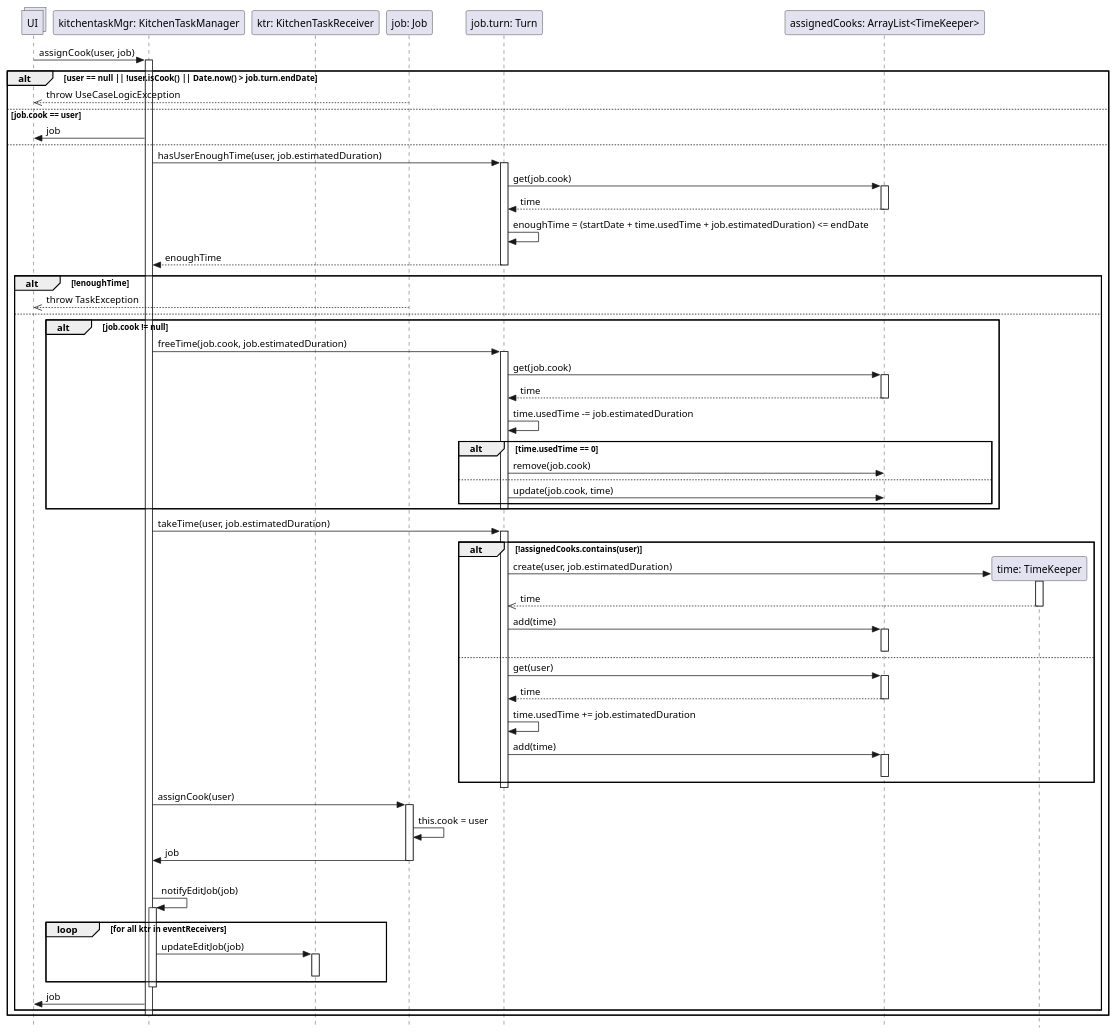
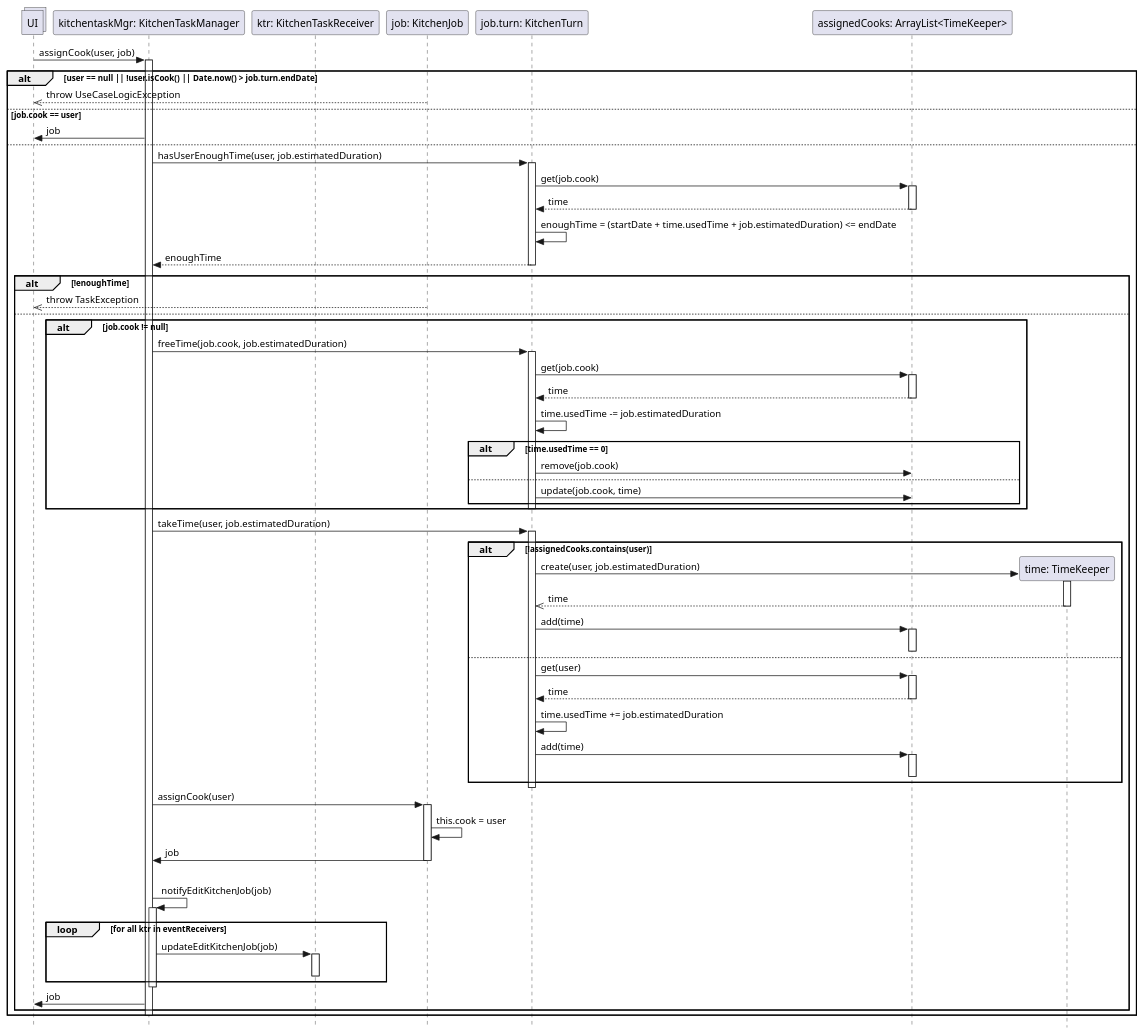
The diagram in Progettazione/UC Gestire Compiti Cucina/DSD/DSD Operazione 6c.puml (stefa168/sas-project), drawn with PlantUML before and after one commit. The commit also changed 9 other files, not shown here.

Commit message:
Adattati tutti i riferimenti a Turn e Job che ora sono KitchenTurn e KitchenJob

```diff
--- a/Progettazione/UC Gestire Compiti Cucina/DSD/DSD Operazione 6c.puml
+++ b/Progettazione/UC Gestire Compiti Cucina/DSD/DSD Operazione 6c.puml
@@ -1,101 +1,101 @@
 @startuml
 skinparam Style strictuml
 
 collections UI
 
 participant "kitchentaskMgr: KitchenTaskManager" as ktm
 participant "ktr: KitchenTaskReceiver" as ktr
-participant "job: Job" as job
-participant "job.turn: Turn" as turn
+participant "job: KitchenJob" as job
+participant "job.turn: KitchenTurn" as turn
 participant "assignedCooks: ArrayList<TimeKeeper>" as cooks
 
 UI -> ktm: assignCook(user, job)
 activate ktm
 alt user == null || !user.isCook() || Date.now() > job.turn.endDate
     UI <<-- job: throw UseCaseLogicException
 else job.cook == user
     UI <- ktm: job
 else
     ktm -> turn: hasUserEnoughTime(user, job.estimatedDuration)
     activate turn
 
     turn -> cooks: get(job.cook)
     activate cooks
     return time
 
     turn -> turn: enoughTime = (startDate + time.usedTime + job.estimatedDuration) <= endDate
 
     return enoughTime
     deactivate turn
 
     alt !enoughTime
         UI <<-- job: throw TaskException
     else
         alt job.cook != null
             ktm -> turn: freeTime(job.cook, job.estimatedDuration)
             activate turn
             turn -> cooks: get(job.cook)
             activate cooks
             return time
 
             turn -> turn: time.usedTime -= job.estimatedDuration
 
             ' se per caso liberando del tempo ci accorgiamo che il TimeKeeper è vuoto, cancelliamolo.
             alt time.usedTime == 0
                 turn -> cooks: remove(job.cook)
             ' altrimenti aggiorniamo il tempo.
             else
                 turn -> cooks: update(job.cook, time)
             end
             deactivate turn
         end
 
         ktm -> turn: takeTime(user, job.estimatedDuration)
         activate turn
 
         participant "time: TimeKeeper" as newTime
 
         ' potrebbe trattarsi del primo incarico assegnato all cuoco in questo turno.
         alt !assignedCooks.contains(user)
             turn -> newTime**: create(user, job.estimatedDuration)
             activate newTime
             turn <<-- newTime: time
             deactivate newTime
 
             turn -> cooks: add(time)
             activate cooks
             deactivate cooks
         else
             turn -> cooks: get(user)
             activate cooks
             return time
 
             turn -> turn: time.usedTime += job.estimatedDuration
 
             turn -> cooks: add(time)
             activate cooks
             deactivate cooks
         end
         deactivate turn
 
         ktm -> job: assignCook(user)
         activate job
         job -> job: this.cook = user
         ktm <- job: job
         deactivate job
 
         |||
-        ktm -> ktm: notifyEditJob(job)
+        ktm -> ktm: notifyEditKitchenJob(job)
         activate ktm
         loop for all ktr in eventReceivers
-            ktm -> ktr : updateEditJob(job)
+            ktm -> ktr : updateEditKitchenJob(job)
             activate ktr
             deactivate ktr
         end
         deactivate ktm
 
         UI <- ktm: job
         end
 deactivate ktm
 end
 @enduml
```
